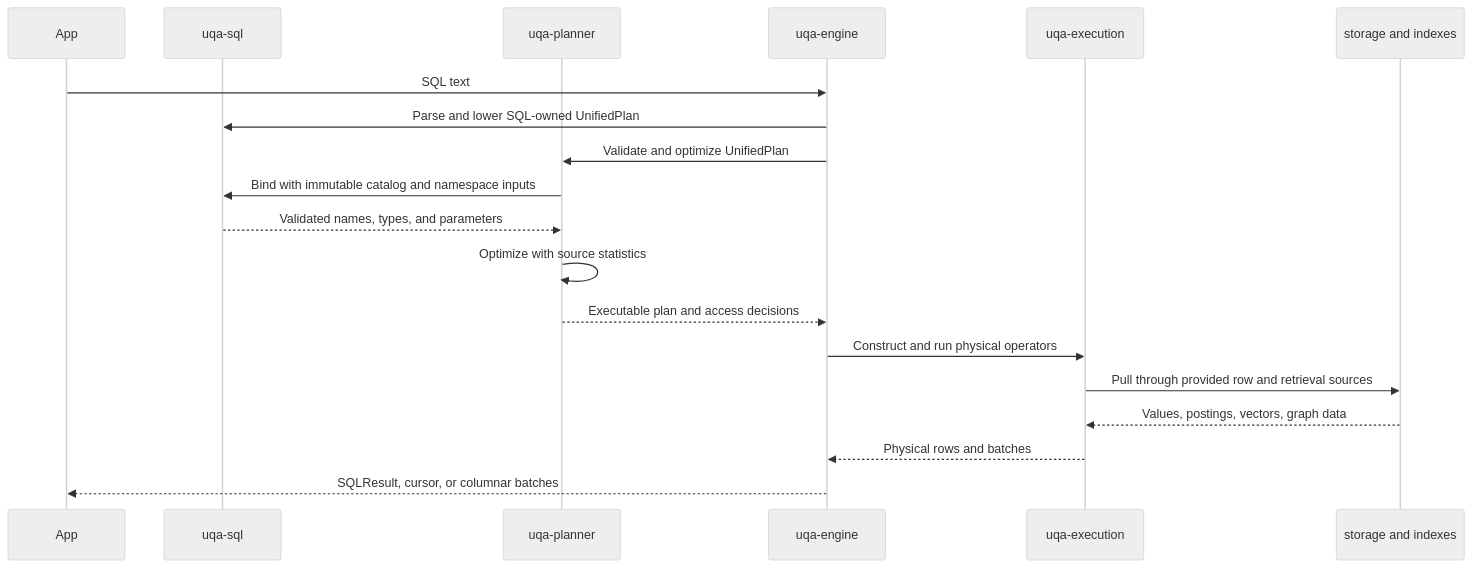
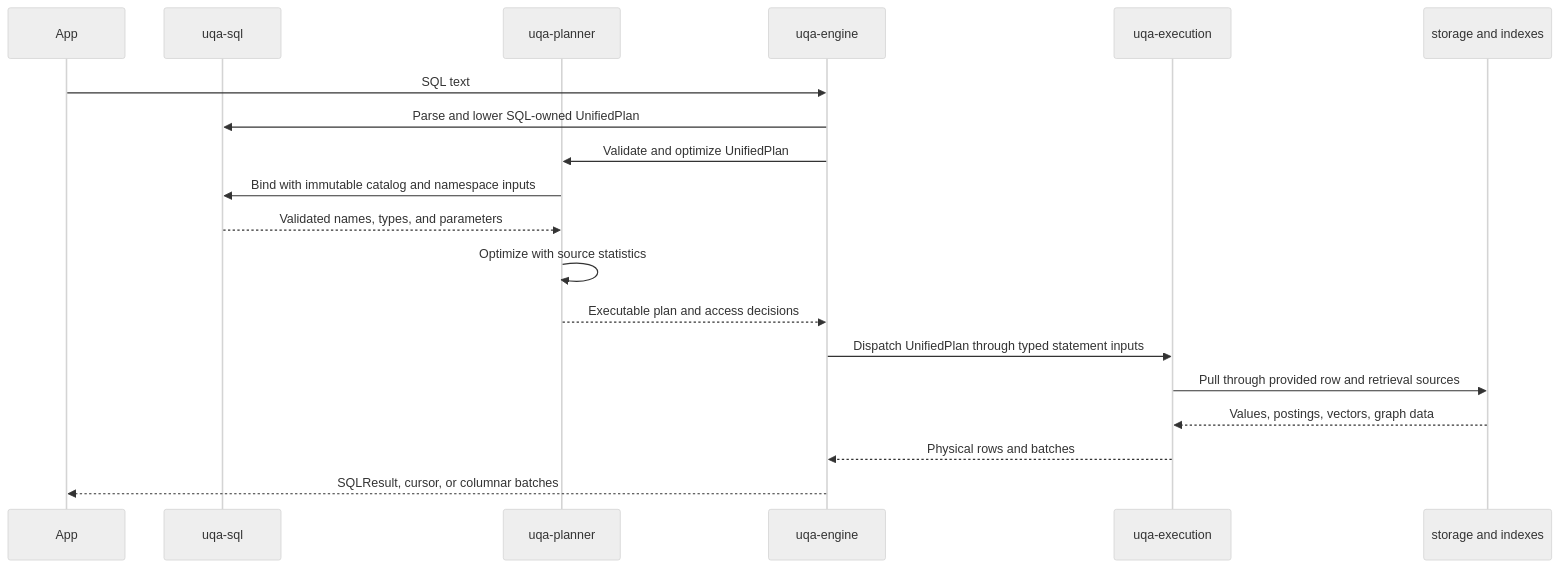
The first of 2 diagrams in docs/manual/internals/02-planning-and-execution.md (cognica-io/uqa-engine), drawn with Mermaid (neutral theme) before and after one commit. The commit also changed other lines of this file and 50 other files, not shown here.

Commit message:
Move unified statement dispatch into execution

````diff
--- a/docs/manual/internals/02-planning-and-execution.md
+++ b/docs/manual/internals/02-planning-and-execution.md
@@ -9,21 +11,21 @@
 ```mermaid
 sequenceDiagram
     participant App
     participant SQL as uqa-sql
     participant Planner as uqa-planner
     participant Engine as uqa-engine
     participant Exec as uqa-execution
     participant Store as storage and indexes
     App->>Engine: SQL text
     Engine->>SQL: Parse and lower SQL-owned UnifiedPlan
     Engine->>Planner: Validate and optimize UnifiedPlan
     Planner->>SQL: Bind with immutable catalog and namespace inputs
     SQL-->>Planner: Validated names, types, and parameters
     Planner->>Planner: Optimize with source statistics
     Planner-->>Engine: Executable plan and access decisions
-    Engine->>Exec: Construct and run physical operators
+    Engine->>Exec: Dispatch UnifiedPlan through typed statement inputs
     Exec->>Store: Pull through provided row and retrieval sources
     Store-->>Exec: Values, postings, vectors, graph data
     Exec-->>Engine: Physical rows and batches
     Engine-->>App: SQLResult, cursor, or columnar batches
 ```
````
